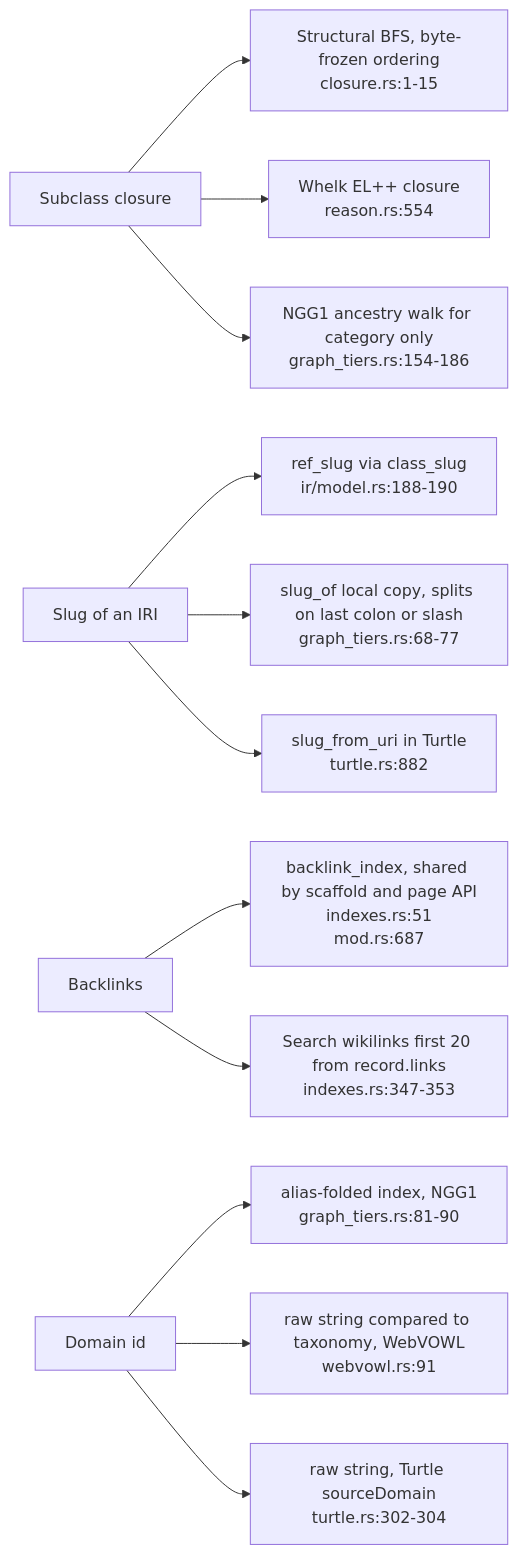
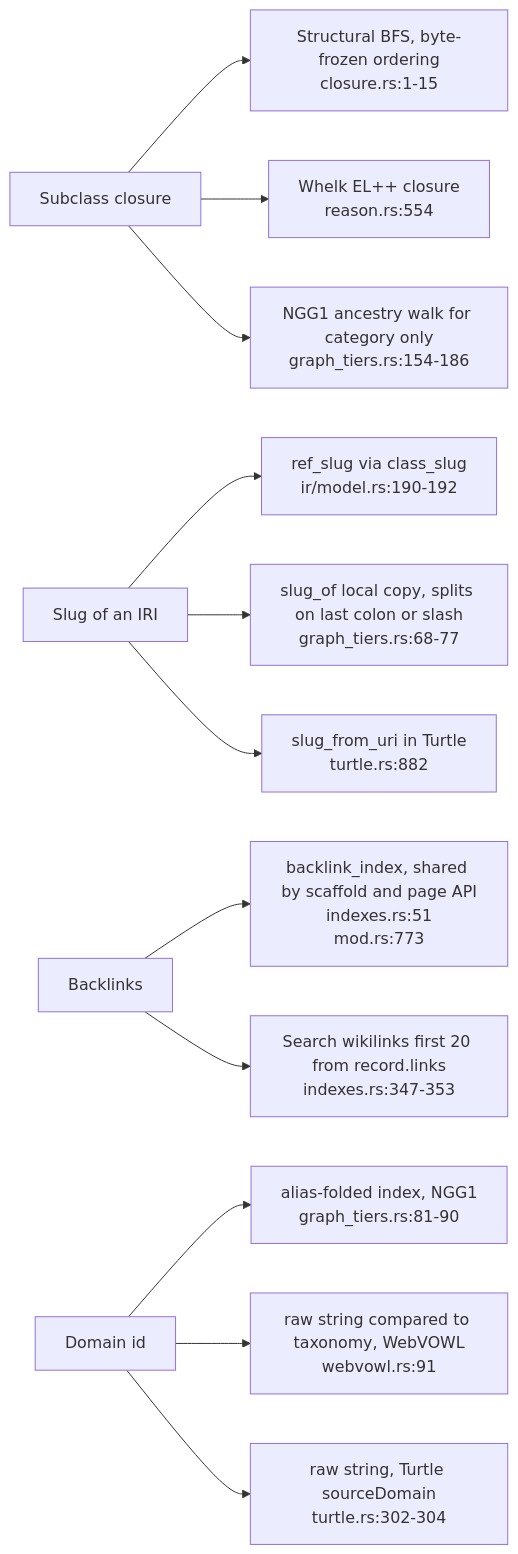
One commit to DreamLab-AI/VisionFlow changed the seventh of 7 diagrams in docs/diagrams/ontomark/04-emitters-turtle-indexes-tiers-and-contract-c3.md. Above: the diagram before and after it, drawn with Mermaid. The commit also changed other lines of this file and 59 other files, not shown here.

First line of the commit message:
docs(diagrams): re-derive and re-stamp forum, website, pod, ontomark and sealmap topics

````diff
--- a/docs/diagrams/ontomark/04-emitters-turtle-indexes-tiers-and-contract-c3.md
+++ b/docs/diagrams/ontomark/04-emitters-turtle-indexes-tiers-and-contract-c3.md
@@ -239,22 +239,22 @@
 ```mermaid
 flowchart LR
     SUBC["Subclass closure"]
     SUBC1["Structural BFS, byte-frozen ordering<br/>closure.rs:1-15"]
     SUBC2["Whelk EL++ closure<br/>reason.rs:554"]
     SUBC3["NGG1 ancestry walk for category only<br/>graph_tiers.rs:154-186"]
     SLUG["Slug of an IRI"]
-    SLUG1["ref_slug via class_slug<br/>ir/model.rs:188-190"]
+    SLUG1["ref_slug via class_slug<br/>ir/model.rs:190-192"]
     SLUG2["slug_of local copy, splits on last colon or slash<br/>graph_tiers.rs:68-77"]
     SLUG3["slug_from_uri in Turtle<br/>turtle.rs:882"]
     BLK["Backlinks"]
-    BLK1["backlink_index, shared by scaffold and page API<br/>indexes.rs:51<br/>mod.rs:687"]
+    BLK1["backlink_index, shared by scaffold and page API<br/>indexes.rs:51<br/>mod.rs:773"]
     BLK2["Search wikilinks first 20 from record.links<br/>indexes.rs:347-353"]
     DOMN["Domain id"]
     DOMN1["alias-folded index, NGG1<br/>graph_tiers.rs:81-90"]
     DOMN2["raw string compared to taxonomy, WebVOWL<br/>webvowl.rs:91"]
     DOMN3["raw string, Turtle sourceDomain<br/>turtle.rs:302-304"]
     SUBC --> SUBC1 & SUBC2 & SUBC3
     SLUG --> SLUG1 & SLUG2 & SLUG3
     BLK --> BLK1 & BLK2
     DOMN --> DOMN1 & DOMN2 & DOMN3
 ```
````
